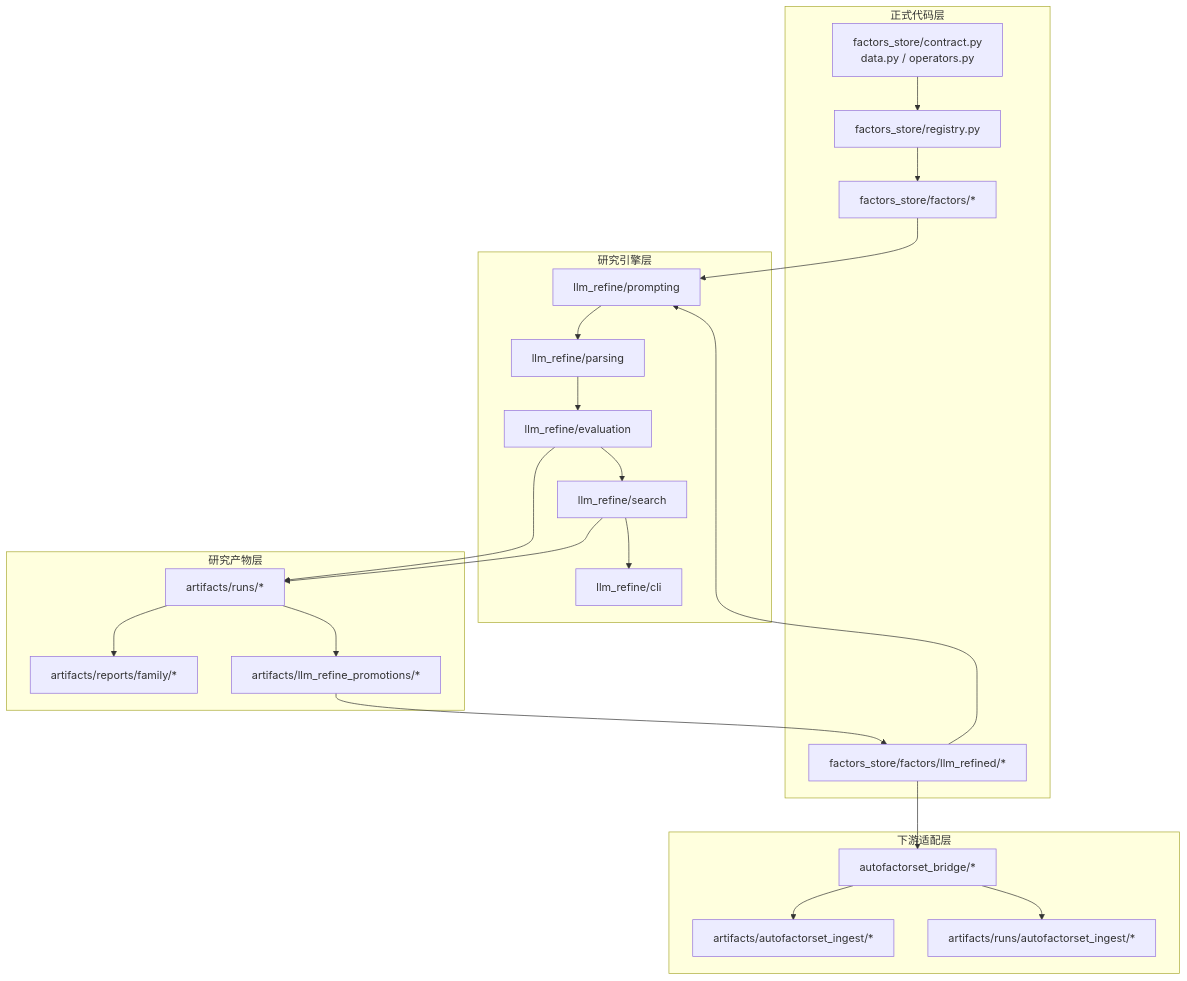
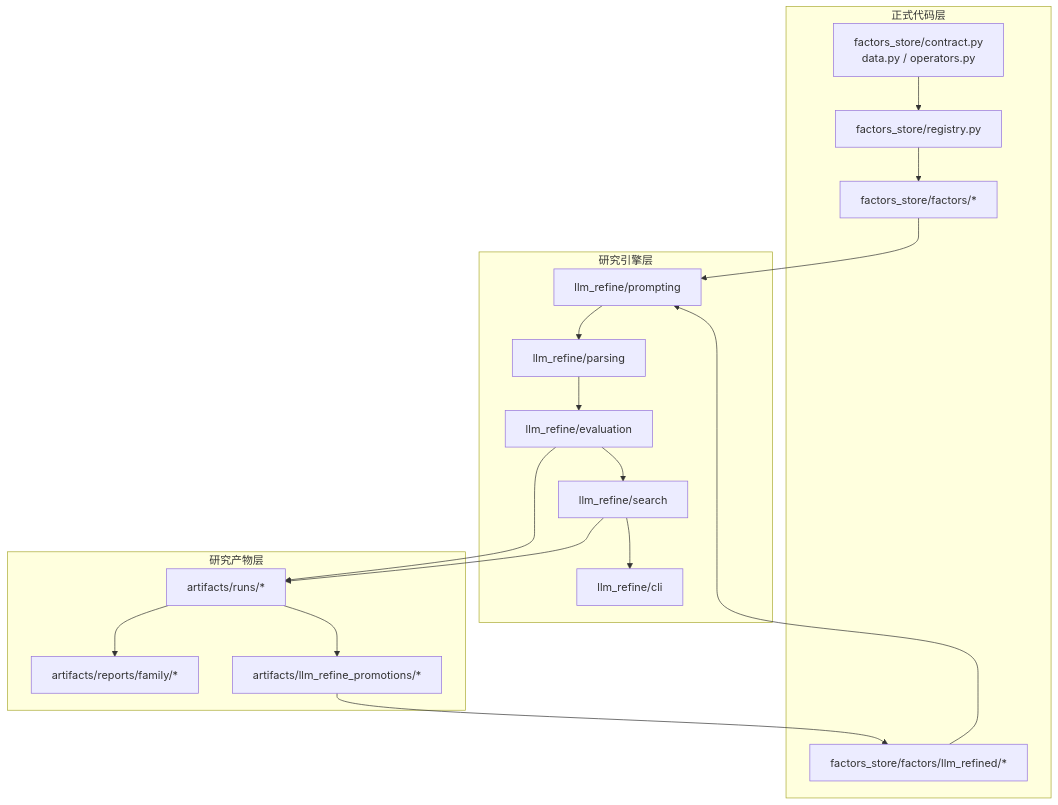
The second of 3 diagrams in README_CN.md (zhangxinyue1017/AlphaRefinery), drawn with Mermaid before and after one commit. The commit also changed other lines of this file and 10 other files, not shown here.

````diff
--- a/README_CN.md
+++ b/README_CN.md
@@ -164,46 +163,37 @@
 ```mermaid
 graph TD
     subgraph Code["正式代码层"]
         A1["factors_store/contract.py<br/>data.py / operators.py"]
         A2["factors_store/registry.py"]
         A3["factors_store/factors/*"]
         A4["factors_store/factors/llm_refined/*"]
     end
 
     subgraph Refine["研究引擎层"]
         B1["llm_refine/prompting"]
         B2["llm_refine/parsing"]
         B3["llm_refine/evaluation"]
         B4["llm_refine/search"]
         B5["llm_refine/cli"]
     end
 
     subgraph Artifact["研究产物层"]
         C1["artifacts/runs/*"]
         C2["artifacts/reports/family/*"]
         C3["artifacts/llm_refine_promotions/*"]
     end
 
-    subgraph Admission["下游适配层"]
-        D1["autofactorset_bridge/*"]
-        D2["artifacts/autofactorset_ingest/*"]
-        D3["artifacts/runs/autofactorset_ingest/*"]
-    end
-
     A1 --> A2
     A2 --> A3
     B1 --> B2
     B2 --> B3
     B3 --> B4
     B4 --> B5
     A3 --> B1
     A4 --> B1
     B3 --> C1
     B4 --> C1
     C1 --> C2
     C1 --> C3
     C3 --> A4
-    A4 --> D1
-    D1 --> D2
-    D1 --> D3
 ```
````
